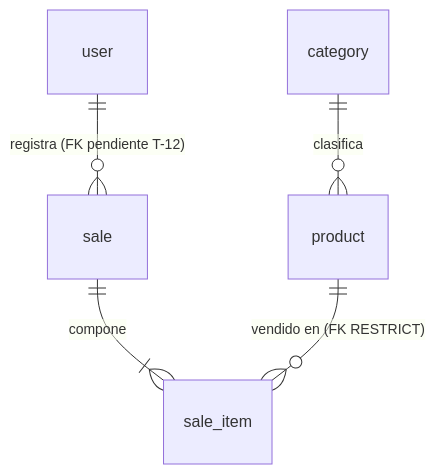
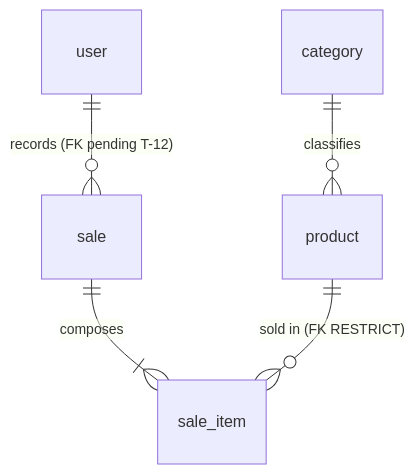
Before and after one commit to mateoestebanramirez7-coder/test-3239188-simple-stock-flow-doc: the diagram in 06-data/data-model.md, drawn with Mermaid. The commit also changed other lines of this file, not shown here.

````diff
--- a/06-data/data-model.md
+++ b/06-data/data-model.md
@@ -125,7 +125,7 @@
 ```mermaid
 erDiagram
-    category  ||--o{ product   : "clasifica"
-    sale      ||--|{ sale_item : "compone"
-    product   ||--o{ sale_item : "vendido en (FK RESTRICT)"
-    user      ||--o{ sale      : "registra (FK pendiente T-12)"
+    category  ||--o{ product   : "classifies"
+    sale      ||--|{ sale_item : "composes"
+    product   ||--o{ sale_item : "sold in (FK RESTRICT)"
+    user      ||--o{ sale      : "records (FK pending T-12)"
 ```
````
